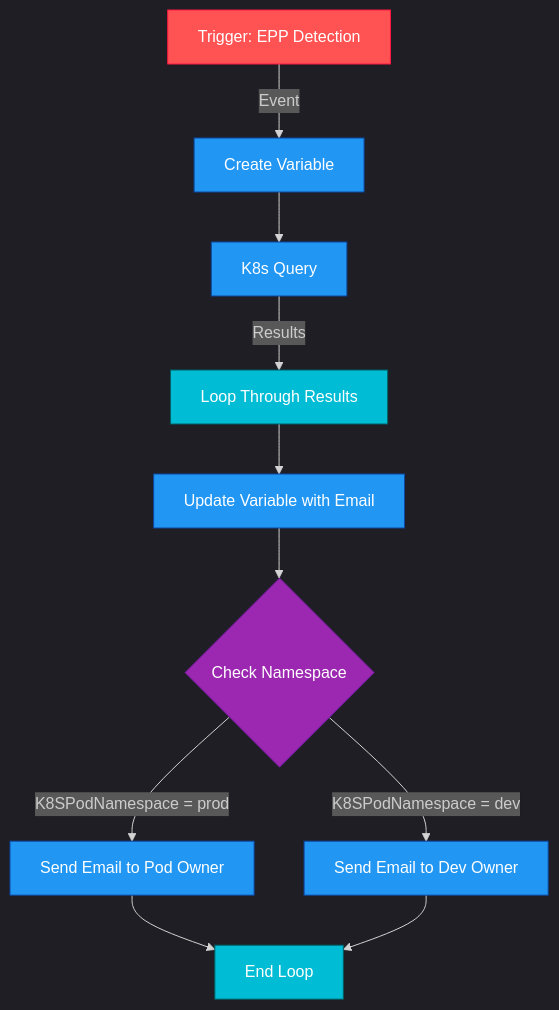
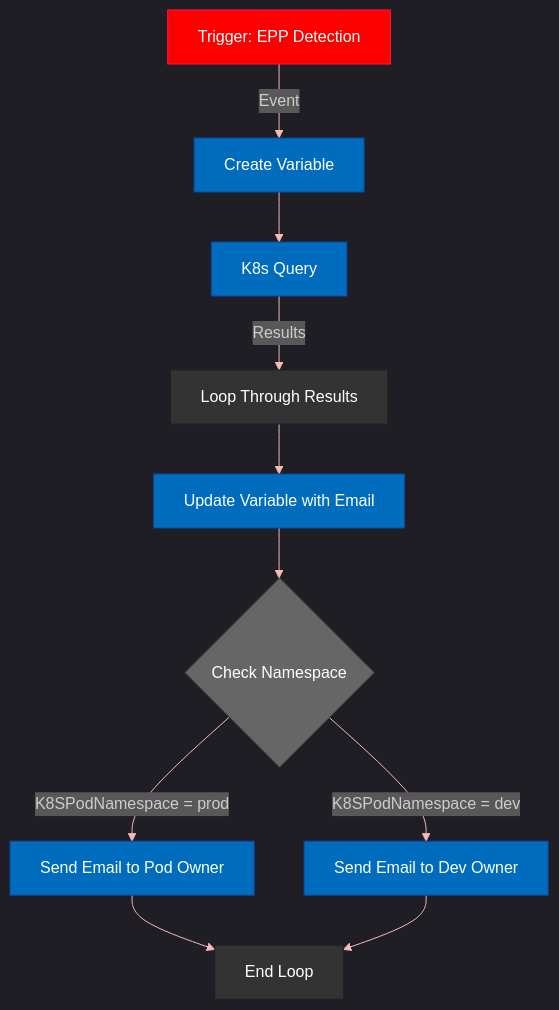
Before and after one commit to mikedzikowski/FusionExampleK8sNotification: the diagram in README.md, drawn with Mermaid. The commit also changed other lines of this file, not shown here.

````diff
--- a/README.md
+++ b/README.md
@@ -47,23 +84,23 @@
 ```mermaid
-%%{init: {'theme': 'dark'}}%%
+%%{init: {'theme': 'dark', 'themeVariables': { 'primaryColor': '#FC0000', 'primaryTextColor': '#fff', 'primaryBorderColor': '#FF5252', 'lineColor': '#F8B9B9', 'secondaryColor': '#006CBE', 'tertiaryColor': '#fff' }}}%%
 graph TD
     A[Trigger: EPP Detection] -->|Event| B[Create Variable]
     B --> C[K8s Query]
     C -->|Results| D[Loop Through Results]
     D --> E[Update Variable with Email]
     E --> F{Check Namespace}
     F -->|K8SPodNamespace = prod| G[Send Email to Pod Owner]
     F -->|K8SPodNamespace = dev| H[Send Email to Dev Owner]
     G --> I[End Loop]
     H --> I
     
-    classDef trigger fill:#FF5252,stroke:#FF1744,color:white;
-    classDef action fill:#2196F3,stroke:#0D47A1,color:white;
-    classDef condition fill:#9C27B0,stroke:#6A1B9A,color:white;
-    classDef loop fill:#00BCD4,stroke:#006064,color:white;
+    classDef trigger fill:#FC0000,stroke:#FF1744,color:white;
+    classDef action fill:#006CBE,stroke:#0D47A1,color:white;
+    classDef condition fill:#666666,stroke:#444444,color:white;
+    classDef loop fill:#333333,stroke:#222222,color:white;
     
     class A trigger;
     class B,C,E,G,H action;
     class F condition;
     class D,I loop;
 ```
````
